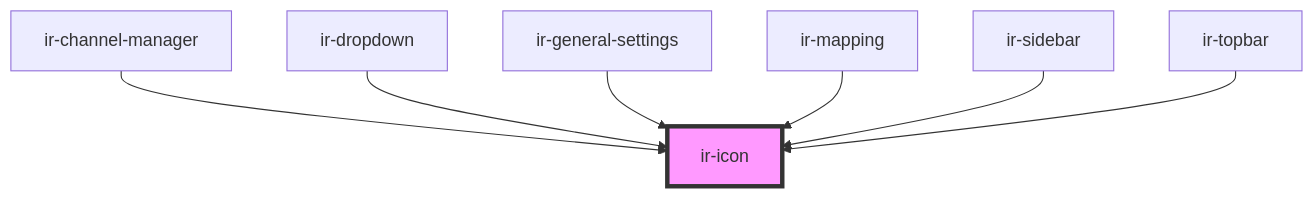
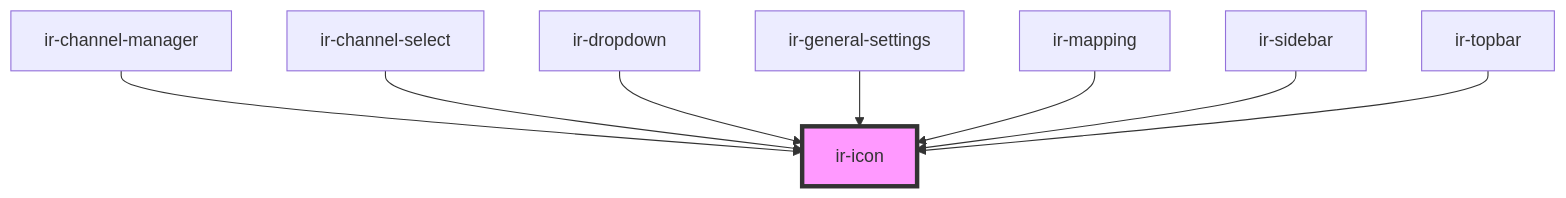
Before and after one commit to freddynasr/ir-webcmp: the diagram in src/components/ir-icon/readme.md, drawn with Mermaid. The commit also changed other lines of this file and 17 other files, not shown here.

````diff
--- a/src/components/ir-icon/readme.md
+++ b/src/components/ir-icon/readme.md
@@ -27,10 +28,11 @@
 ```mermaid
 graph TD;
   ir-channel-manager --> ir-icon
+  ir-channel-select --> ir-icon
   ir-dropdown --> ir-icon
   ir-general-settings --> ir-icon
   ir-mapping --> ir-icon
   ir-sidebar --> ir-icon
   ir-topbar --> ir-icon
   style ir-icon fill:#f9f,stroke:#333,stroke-width:4px
 ```
````
